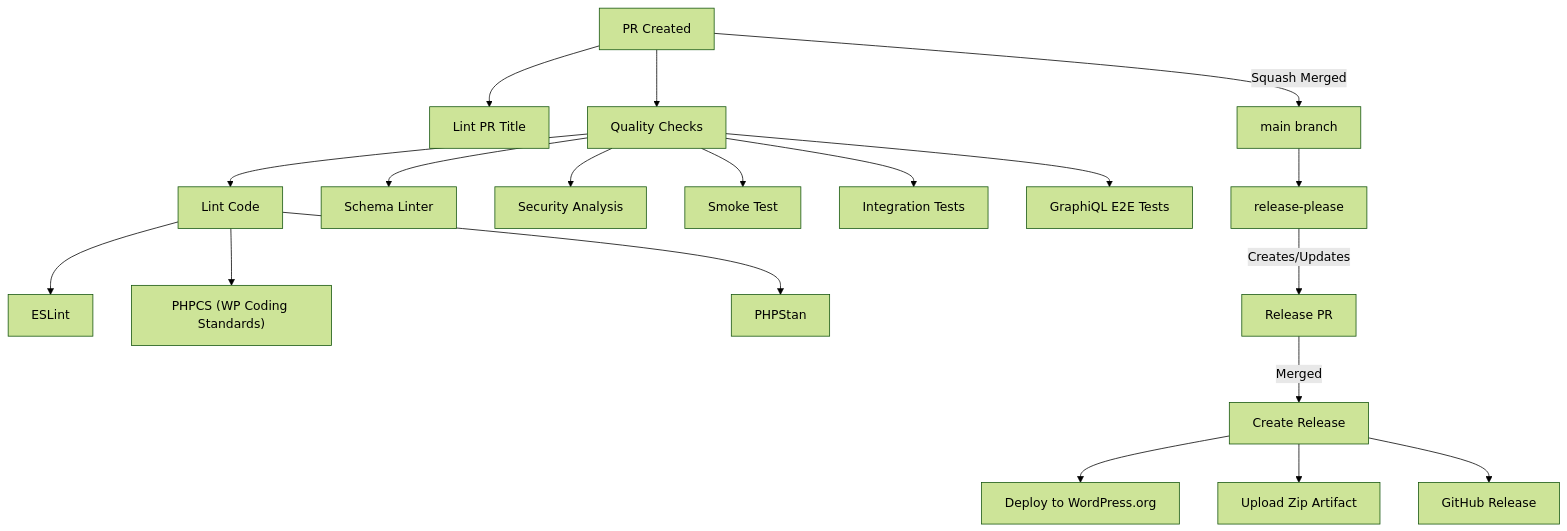
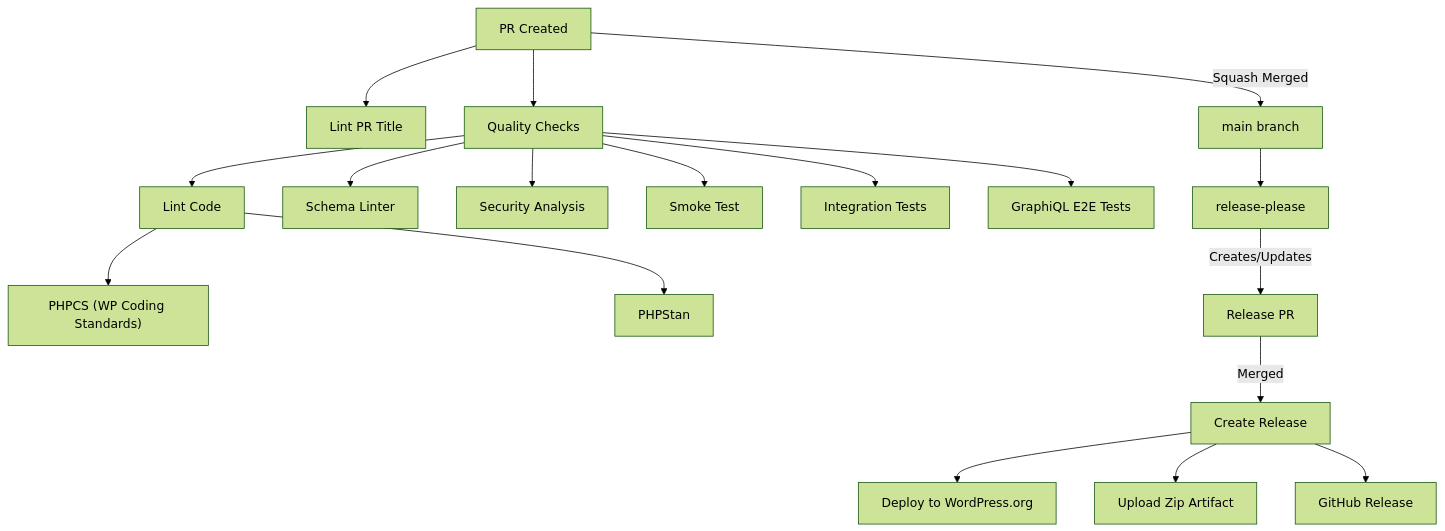
Before and after one commit to wp-graphql/wp-graphql: the diagram in .github/workflows/README.md, drawn with Mermaid (forest theme). The commit also changed other lines of this file, not shown here.

Commit message:
docs: remove eslint from references

````diff
--- a/.github/workflows/README.md
+++ b/.github/workflows/README.md
@@ -87,28 +87,27 @@
 ```mermaid
 flowchart TD
     %% PR Process
     PR[PR Created] --> LPR[Lint PR Title]
     PR --> QA[Quality Checks]
 
     %% Quality Checks
     QA --> Lint[Lint Code]
     QA --> SL[Schema Linter]
     QA --> SEC[Security Analysis]
     QA --> SM[Smoke Test]
     QA --> INT[Integration Tests]
     QA --> E2E[GraphiQL E2E Tests]
 
     %% Linting
-    Lint --> ESL[ESLint]
     Lint --> CS["PHPCS (WP Coding Standards)"]
     Lint --> STAN[PHPStan]
 
     %% Merge and Release
     PR --> |Squash Merged| MAIN[main branch]
     MAIN --> RP[release-please]
     RP --> |Creates/Updates| RPR[Release PR]
     RPR --> |Merged| REL[Create Release]
     REL --> WO[Deploy to WordPress.org]
     REL --> ZIP[Upload Zip Artifact]
     REL --> GH[GitHub Release]
 ```
````
